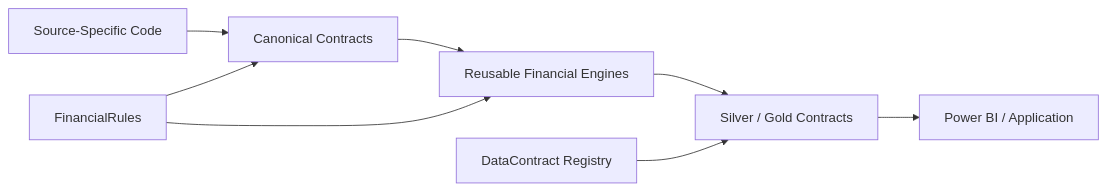
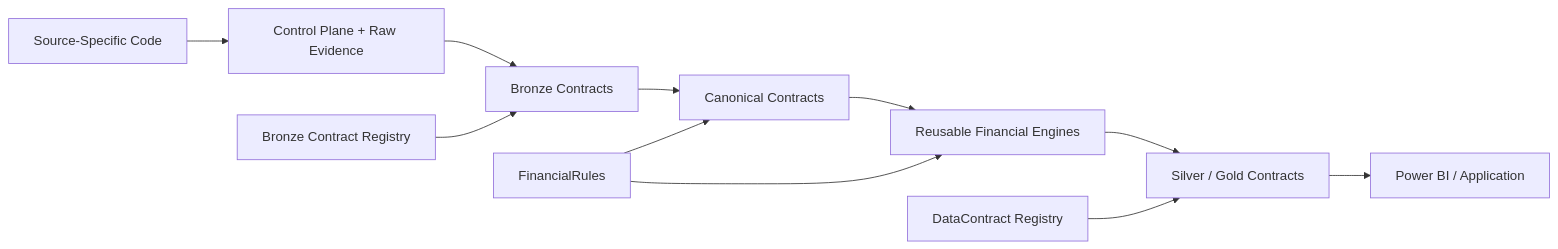
One commit to tks18/personal-finance-etl changed the first of 3 diagrams in docs/developer/development-guide.md. Above: the diagram before and after it, drawn with Mermaid. The commit also changed other lines of this file, not shown here.

````diff
--- a/docs/developer/development-guide.md
+++ b/docs/developer/development-guide.md
@@ -13,11 +13,14 @@
 ```mermaid
 flowchart LR
-    SRC["Source-Specific Code"] --> CAN["Canonical Contracts"]
+    SRC["Source-Specific Code"] --> CP["Control Plane + Raw Evidence"]
+    CP --> BR["Bronze Contracts"]
+    BR --> CAN["Canonical Contracts"]
     CAN --> ENG["Reusable Financial Engines"]
     ENG --> PUB["Silver / Gold Contracts"]
     PUB --> APP["Power BI / Application"]
 
     RULES["FinancialRules"] --> CAN
     RULES --> ENG
+    BREG["Bronze Contract Registry"] --> BR
     REG["DataContract Registry"] --> PUB
 ```
````
